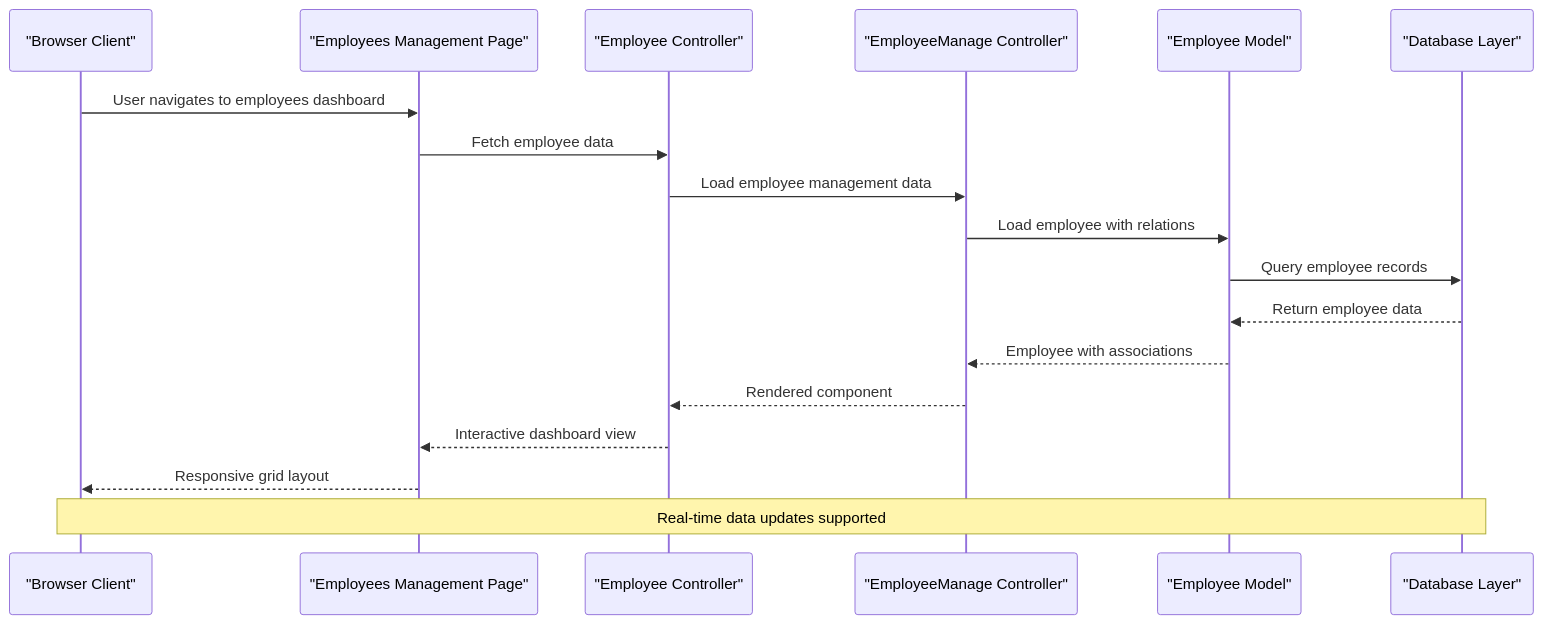
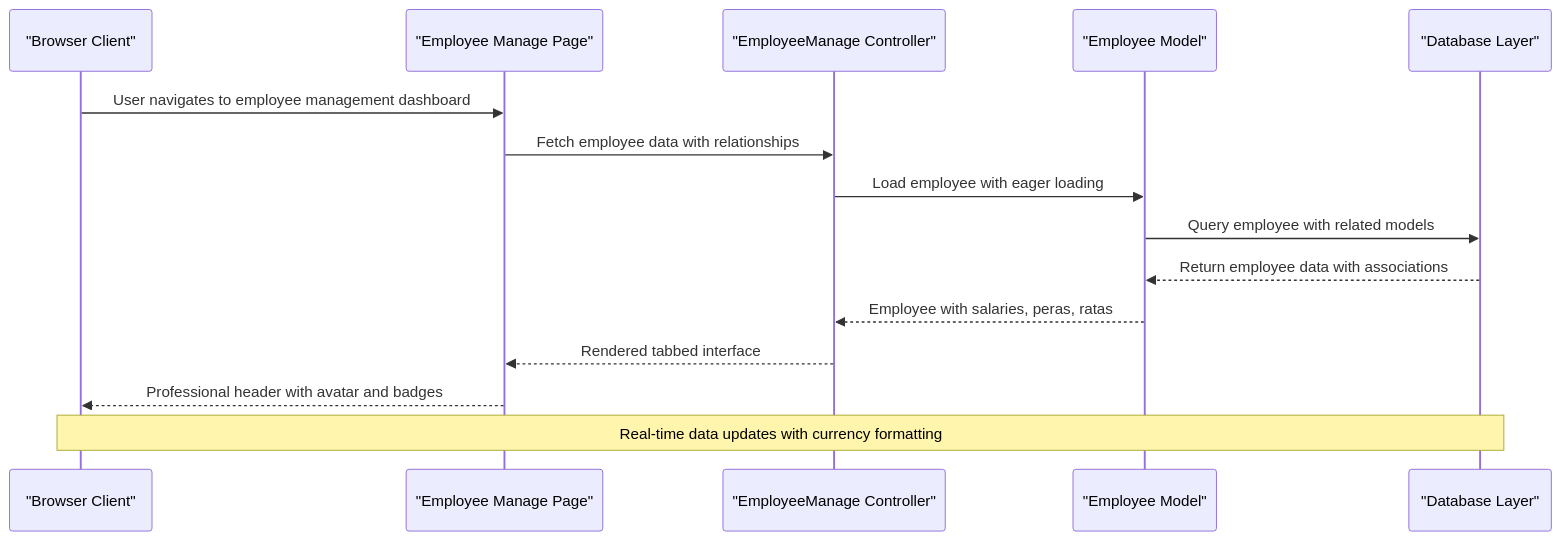
The second of 6 diagrams in .qoder/repowiki/en/content/Employee Management/Employee Overview Dashboard.md (vincet0t15/template), drawn with Mermaid before and after one commit. The commit also changed other lines of this file and 7 other files, not shown here.

````diff
--- a/.qoder/repowiki/en/content/Employee Management/Employee Overview Dashboard.md
+++ b/.qoder/repowiki/en/content/Employee Management/Employee Overview Dashboard.md
@@ -112,20 +121,17 @@
 ```mermaid
 sequenceDiagram
 participant Client as "Browser Client"
-participant EmployeesPage as "Employees Management Page"
-participant Controller as "Employee Controller"
-participant ManageController as "EmployeeManage Controller"
+participant ManagePage as "Employee Manage Page"
+participant Controller as "EmployeeManage Controller"
 participant Model as "Employee Model"
 participant Database as "Database Layer"
-Client->>EmployeesPage : User navigates to employees dashboard
-EmployeesPage->>Controller : Fetch employee data
-Controller->>ManageController : Load employee management data
-ManageController->>Model : Load employee with relations
-Model->>Database : Query employee records
-Database-->>Model : Return employee data
-Model-->>ManageController : Employee with associations
-ManageController-->>Controller : Rendered component
-Controller-->>EmployeesPage : Interactive dashboard view
-EmployeesPage-->>Client : Responsive grid layout
-Note over Client,Database : Real-time data updates supported
+Client->>ManagePage : User navigates to employee management dashboard
+ManagePage->>Controller : Fetch employee data with relationships
+Controller->>Model : Load employee with eager loading
+Model->>Database : Query employee with related models
+Database-->>Model : Return employee data with associations
+Model-->>Controller : Employee with salaries, peras, ratas
+Controller-->>ManagePage : Rendered tabbed interface
+ManagePage-->>Client : Professional header with avatar and badges
+Note over Client,Database : Real-time data updates with currency formatting
 ```
````
